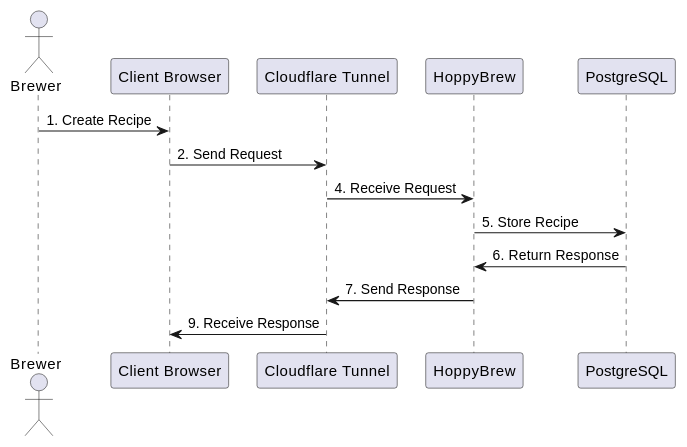
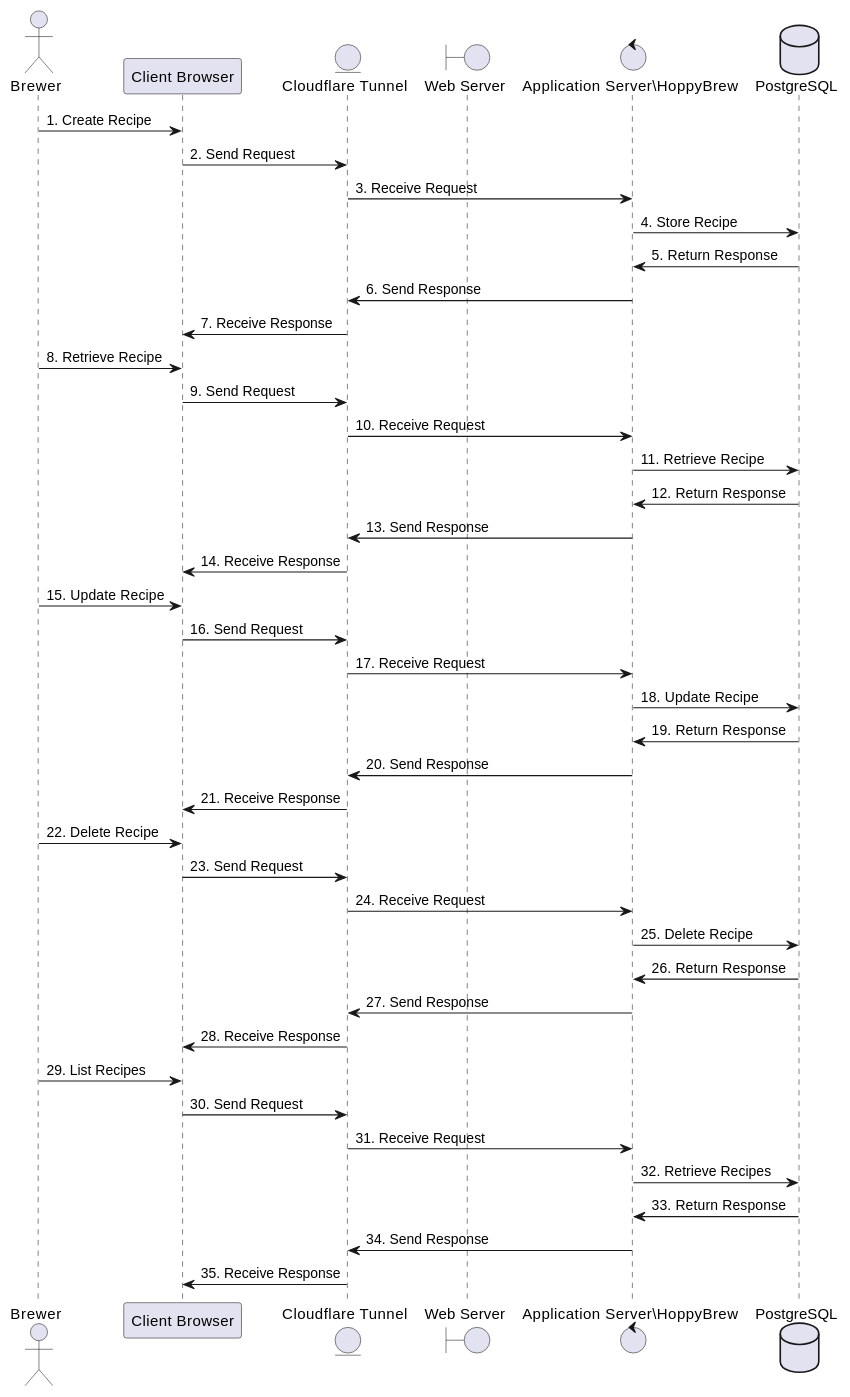
One commit to asbor/iu-project-software-engineering changed the sixth of 8 diagrams in documents/01-Conception-Phase/00-HoppyBrew.md. Above: the diagram before and after it, drawn with PlantUML. The commit also changed other lines of this file and 5 other files, not shown here.

```diff
--- a/documents/01-Conception-Phase/00-HoppyBrew.md
+++ b/documents/01-Conception-Phase/00-HoppyBrew.md
@@ -715,17 +717,50 @@
 @startuml 06-Runtime-View-CRUD-Recipe
 
 actor Brewer as Brewer
 participant "Client Browser" as ClientBrowser
-participant "Cloudflare Tunnel" as CloudflareTunnel
-participant "HoppyBrew" as HoppyBrew
-participant "PostgreSQL" as PostgreSQL
+entity "Cloudflare Tunnel" as CloudflareTunnel
+boundary WebServer as "Web Server"
+control AppServer as "Application Server\HoppyBrew"
+database "PostgreSQL" as PostgreSQL
 
 Brewer -> ClientBrowser : 1. Create Recipe
 ClientBrowser -> CloudflareTunnel : 2. Send Request
-CloudflareTunnel -> HoppyBrew : 4. Receive Request
-HoppyBrew -> PostgreSQL : 5. Store Recipe
-PostgreSQL -> HoppyBrew : 6. Return Response
-HoppyBrew -> CloudflareTunnel : 7. Send Response
-CloudflareTunnel -> ClientBrowser : 9. Receive Response
+CloudflareTunnel -> AppServer : 3. Receive Request
+AppServer -> PostgreSQL : 4. Store Recipe
+PostgreSQL -> AppServer : 5. Return Response
+AppServer -> CloudflareTunnel : 6. Send Response
+CloudflareTunnel -> ClientBrowser : 7. Receive Response
+
+Brewer -> ClientBrowser : 8. Retrieve Recipe
+ClientBrowser -> CloudflareTunnel : 9. Send Request
+CloudflareTunnel -> AppServer : 10. Receive Request
+AppServer -> PostgreSQL : 11. Retrieve Recipe
+PostgreSQL -> AppServer : 12. Return Response
+AppServer -> CloudflareTunnel : 13. Send Response
+CloudflareTunnel -> ClientBrowser : 14. Receive Response
+
+Brewer -> ClientBrowser : 15. Update Recipe
+ClientBrowser -> CloudflareTunnel : 16. Send Request
+CloudflareTunnel -> AppServer : 17. Receive Request
+AppServer -> PostgreSQL : 18. Update Recipe
+PostgreSQL -> AppServer : 19. Return Response
+AppServer -> CloudflareTunnel : 20. Send Response
+CloudflareTunnel -> ClientBrowser : 21. Receive Response
+
+Brewer -> ClientBrowser : 22. Delete Recipe
+ClientBrowser -> CloudflareTunnel : 23. Send Request
+CloudflareTunnel -> AppServer : 24. Receive Request
+AppServer -> PostgreSQL : 25. Delete Recipe
+PostgreSQL -> AppServer : 26. Return Response
+AppServer -> CloudflareTunnel : 27. Send Response
+CloudflareTunnel -> ClientBrowser : 28. Receive Response
+
+Brewer -> ClientBrowser : 29. List Recipes
+ClientBrowser -> CloudflareTunnel : 30. Send Request
+CloudflareTunnel -> AppServer : 31. Receive Request
+AppServer -> PostgreSQL : 32. Retrieve Recipes
+PostgreSQL -> AppServer : 33. Return Response
+AppServer -> CloudflareTunnel : 34. Send Response
+CloudflareTunnel -> ClientBrowser : 35. Receive Response
 
 @enduml
```
